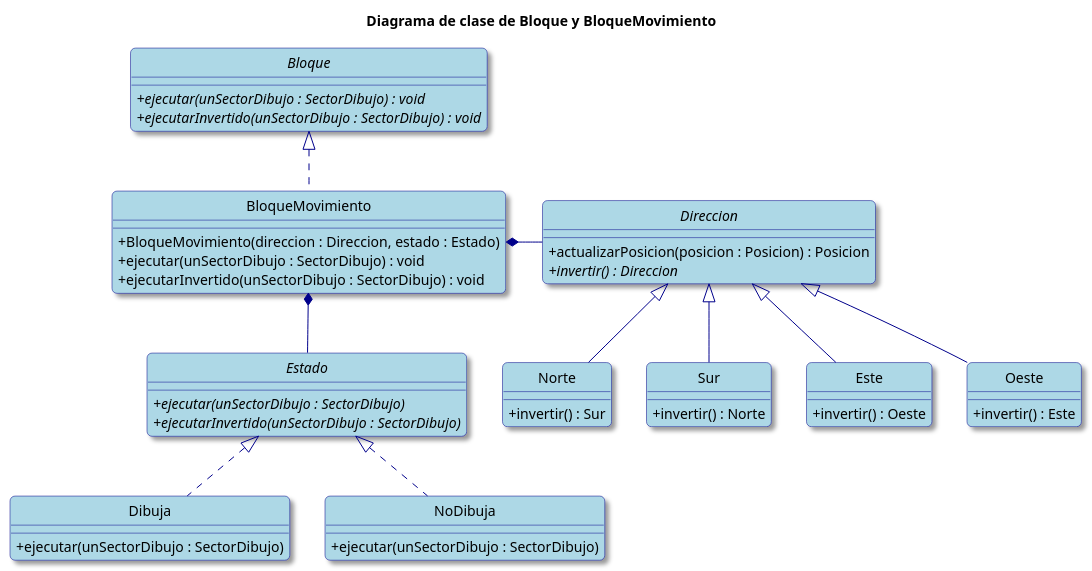
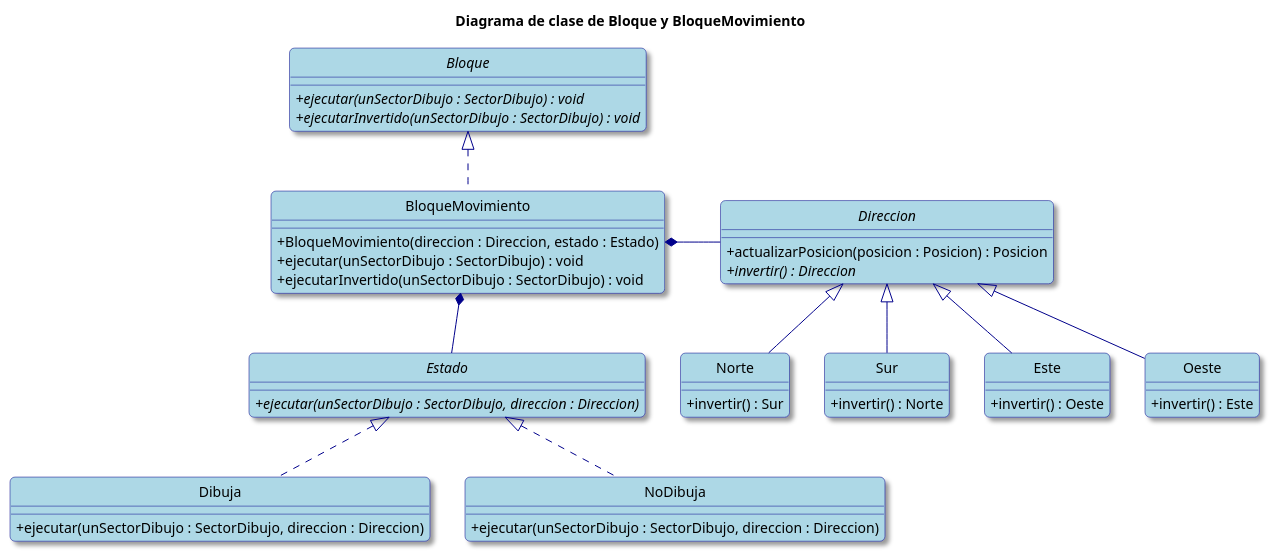
The third of 8 diagrams in diagramas-uml.puml (valva-ro/Algo3-TP2-AlgoBlocks), drawn with PlantUML before and after one commit. The commit also changed other lines of this file and 23 other files, not shown here.

```diff
--- a/diagramas-uml.puml
+++ b/diagramas-uml.puml
@@ -66,65 +122,64 @@
 @startuml
 hide circle
 skinparam classAttributeIconSize 0
 skinparam backgroundColor White
 skinparam RoundCorner 10
 skinparam Shadowing true
 skinparam class {
     ArrowColor DarkBlue
     BackgroundColor LightBlue
     BorderColor DarkBlue
 }
 skinparam note {
     BackgroundColor LightYellow
     BorderColor DarkBlue
 }
 
 title Diagrama de clase de Bloque y BloqueMovimiento
 
 interface Bloque {
     + {abstract} ejecutar(unSectorDibujo : SectorDibujo) : void
     + {abstract} ejecutarInvertido(unSectorDibujo : SectorDibujo) : void
 
 }
 class BloqueMovimiento {
     + BloqueMovimiento(direccion : Direccion, estado : Estado)
     + ejecutar(unSectorDibujo : SectorDibujo) : void
     + ejecutarInvertido(unSectorDibujo : SectorDibujo) : void
 }
 interface Estado {
-    + {abstract} ejecutar(unSectorDibujo : SectorDibujo)
-    + {abstract} ejecutarInvertido(unSectorDibujo : SectorDibujo)
+    + {abstract} ejecutar(unSectorDibujo : SectorDibujo, direccion : Direccion)
 }
 class Dibuja {
-    + ejecutar(unSectorDibujo : SectorDibujo)
+    + ejecutar(unSectorDibujo : SectorDibujo, direccion : Direccion)
 }
 class NoDibuja {
-    + ejecutar(unSectorDibujo : SectorDibujo)
+    + ejecutar(unSectorDibujo : SectorDibujo, direccion : Direccion)
 }
 abstract class Direccion {
     + actualizarPosicion(posicion : Posicion) : Posicion
     + {abstract} invertir() : Direccion
 }
 class Norte {
     + invertir() : Sur
 }
 class Sur {
     + invertir() : Norte
 }
 class Este {
     + invertir() : Oeste
 }
 class Oeste {
     + invertir() : Este
 }
 
 Bloque <|.. BloqueMovimiento
 BloqueMovimiento *-- Estado
 Estado <|.. Dibuja
 Estado <|.. NoDibuja
 BloqueMovimiento *--right Direccion
 Direccion <|-- Norte
 Direccion <|-- Sur
 Direccion <|-- Este
 Direccion <|-- Oeste
 @enduml
```
